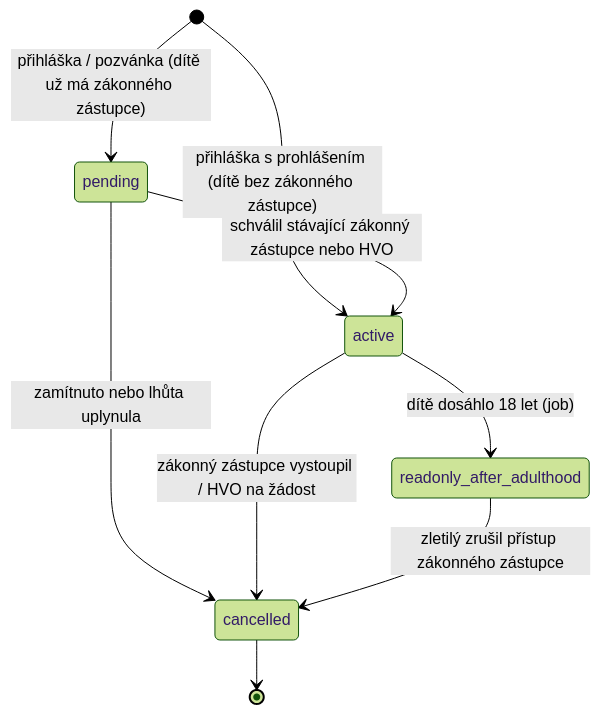
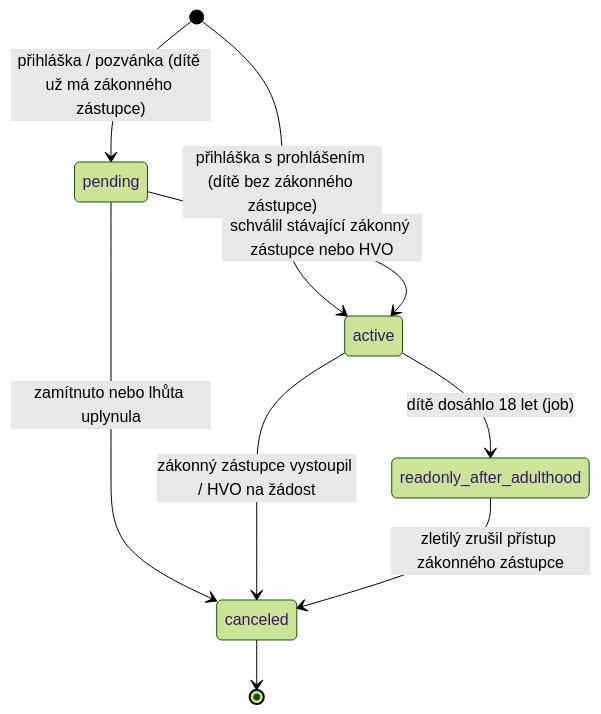
One commit to jendamozna/du-doc changed the diagram in docs/parent-child-lifecycle.md. Above: the diagram before and after it, drawn with Mermaid (forest theme). The commit also changed other lines of this file and 23 other files, not shown here.

````diff
--- a/docs/parent-child-lifecycle.md
+++ b/docs/parent-child-lifecycle.md
@@ -42,15 +42,15 @@
 ```mermaid
 stateDiagram-v2
     [*] --> pending : přihláška / pozvánka (dítě už má zákonného zástupce)
     [*] --> active : přihláška s prohlášením (dítě bez zákonného zástupce)
 
     pending --> active : schválil stávající zákonný zástupce nebo HVO
-    pending --> cancelled : zamítnuto nebo lhůta uplynula
+    pending --> canceled : zamítnuto nebo lhůta uplynula
 
     active --> readonly_after_adulthood : dítě dosáhlo 18 let (job)
-    active --> cancelled : zákonný zástupce vystoupil / HVO na žádost
+    active --> canceled : zákonný zástupce vystoupil / HVO na žádost
 
-    readonly_after_adulthood --> cancelled : zletilý zrušil přístup zákonného zástupce
+    readonly_after_adulthood --> canceled : zletilý zrušil přístup zákonného zástupce
 
-    cancelled --> [*]
+    canceled --> [*]
 ```
````
